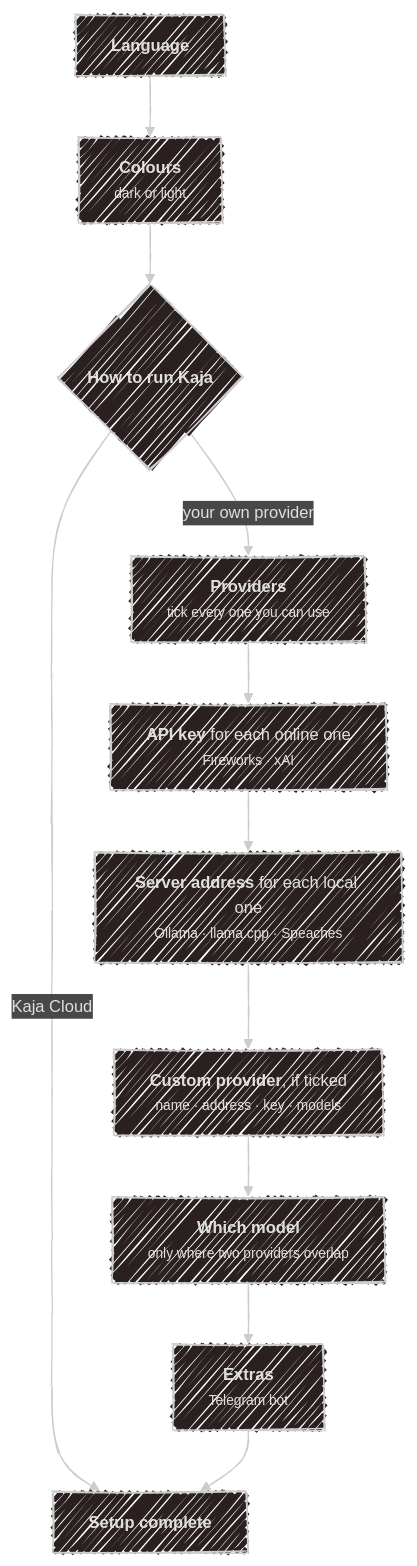
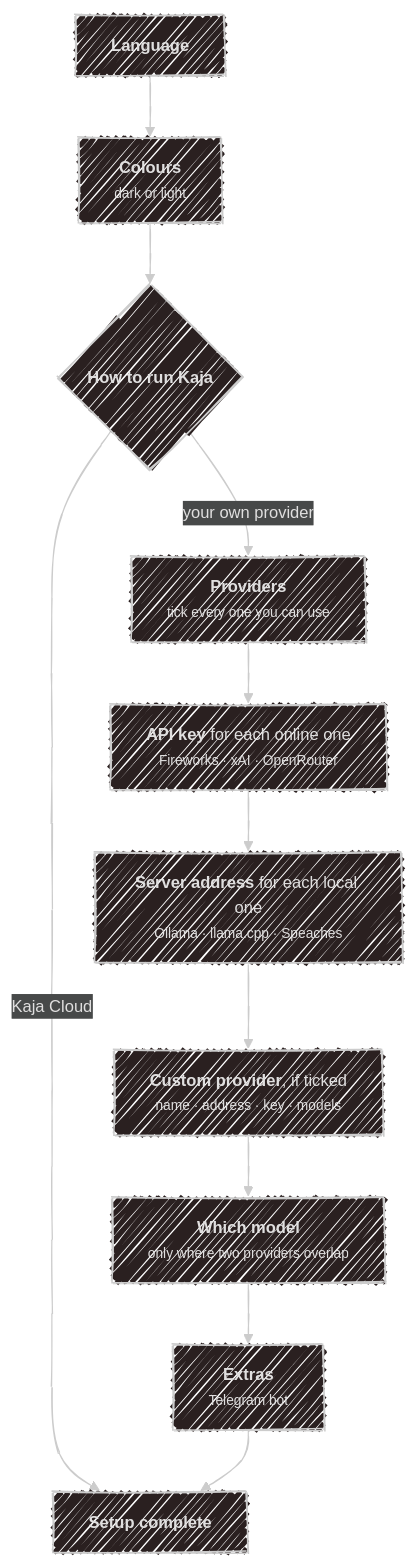
The diagram in docs/wizard.md (SubZtep/kaja), drawn with Mermaid before and after one commit. The commit also changed other lines of this file and 12 other files, not shown here.

````diff
--- a/docs/wizard.md
+++ b/docs/wizard.md
@@ -68,18 +68,18 @@
 ```mermaid
 ---
 config:
   look: handDrawn
   theme: neo-dark
 ---
 flowchart TD
     L["<b>Language</b>"] --> C["<b>Colours</b><br><small>dark or light</small>"]
     C --> M{"<b>How to run Kaja</b>"}
     M -->|"Kaja Cloud"| SUM["<b>Setup complete</b>"]
     M -->|"your own provider"| P["<b>Providers</b><br><small>tick every one you can use</small>"]
-    P --> KEY["<b>API key</b> for each online one<br><small>Fireworks · xAI</small>"]
+    P --> KEY["<b>API key</b> for each online one<br><small>Fireworks · xAI · OpenRouter</small>"]
     KEY --> URL["<b>Server address</b> for each local one<br><small>Ollama · llama.cpp · Speaches</small>"]
     URL --> CUS["<b>Custom provider</b>, if ticked<br><small>name · address · key · models</small>"]
     CUS --> MODEL["<b>Which model</b><br><small>only where two providers overlap</small>"]
     MODEL --> EX["<b>Extras</b><br><small>Telegram bot</small>"]
     EX --> SUM
 ```
````
